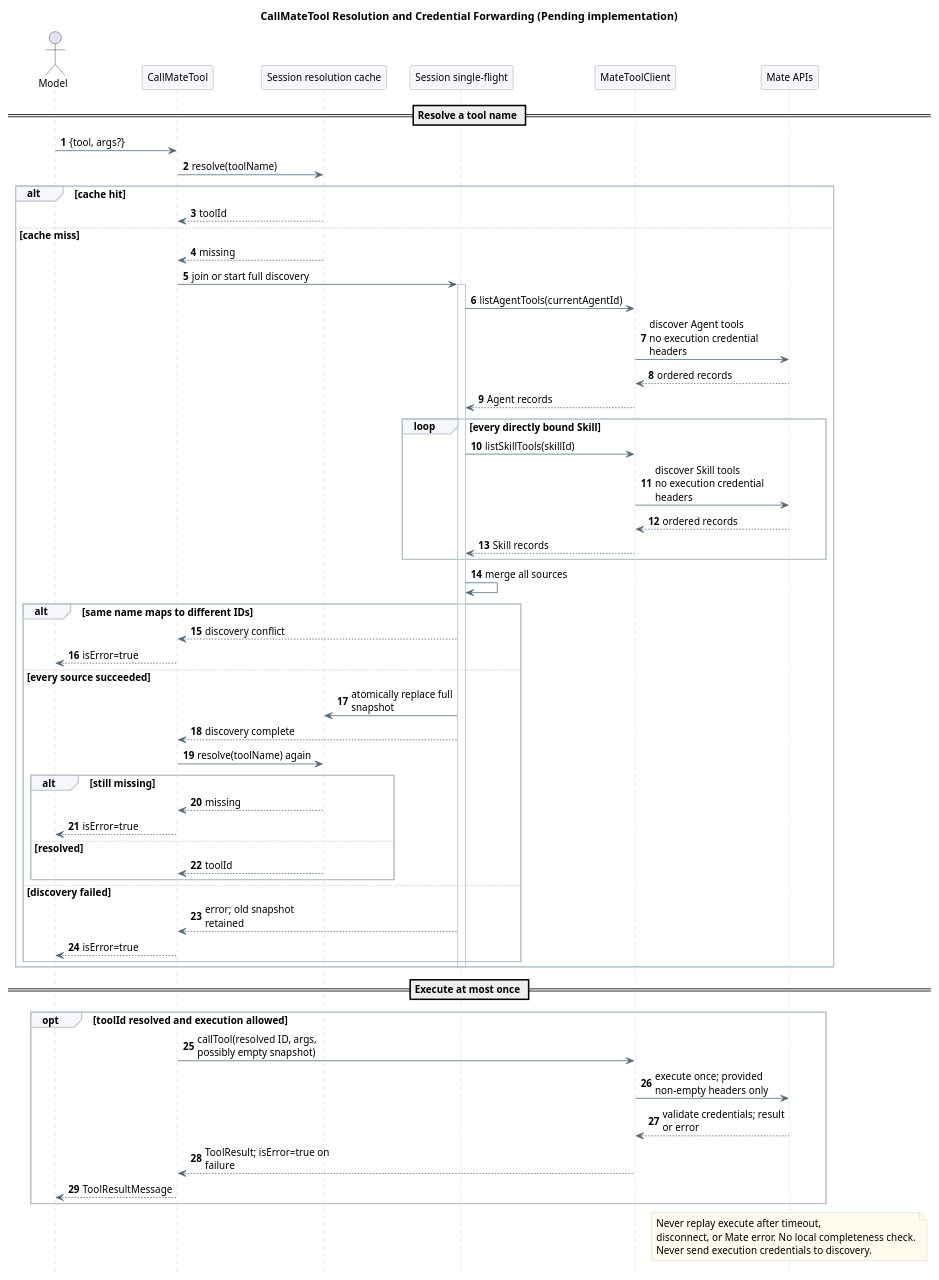
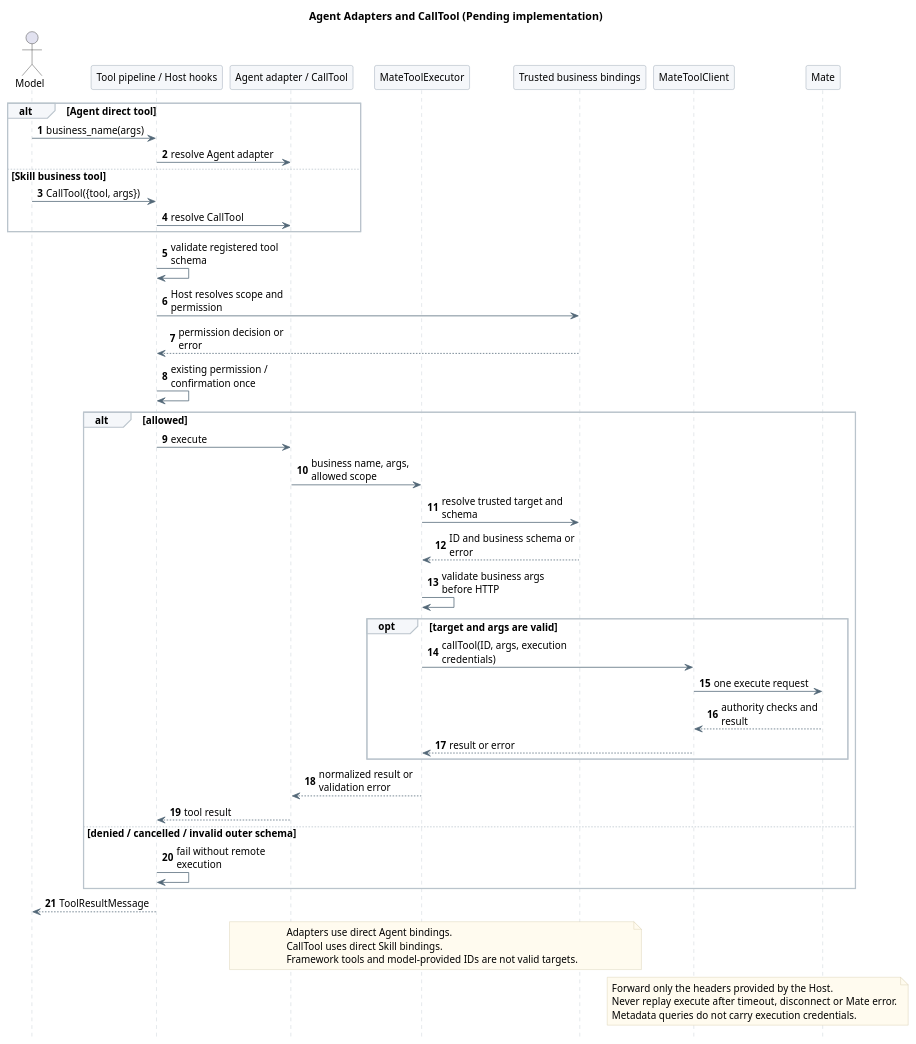
The fifth of 11 diagrams in 01-总体架构/02-CampusClaw工具系统/diagram.puml (ssm0808/pi-mono-java-design), drawn with PlantUML before and after one commit. The commit also changed other lines of this file and 18 other files, not shown here.

Commit message:
docs(tools): 设计 Agent 工具代理与 Skill 渐进发现

```diff
--- a/01-总体架构/02-CampusClaw工具系统/diagram.puml
+++ b/01-总体架构/02-CampusClaw工具系统/diagram.puml
@@ -334,93 +351,75 @@
 @startuml call_mate_tool_sequence
 skinparam backgroundColor white
 skinparam defaultFontName SansSerif
 skinparam defaultFontSize 13
 skinparam shadowing false
 skinparam sequenceMessageAlign left
 skinparam maxMessageSize 165
 skinparam sequenceArrowColor #526777
 skinparam sequenceLifeLineBorderColor #BAC4CC
 skinparam sequenceParticipantBackgroundColor #F5F7FA
 skinparam sequenceParticipantBorderColor #8496A4
 skinparam sequenceGroupBackgroundColor #F5F7FA
 skinparam sequenceGroupBorderColor #BAC4CC
 skinparam noteBackgroundColor #FFFBEF
 skinparam noteBorderColor #D2C6A5
 hide footbox
 autonumber
-title CallMateTool Resolution and Credential Forwarding (Pending implementation)
-
-' Source evidence (pi-mono-java 21c3f59be033e7bdd5506a2d9d48baa2581bc3c7):
-' modules/coding-agent-cli/src/main/java/com/campusclaw/codingagent/tool/mate/CallMateTool.java: execute.
-' modules/coding-agent-cli/src/main/java/com/campusclaw/codingagent/tool/mate/MateToolSessionCache.java.
-' modules/coding-agent-cli/src/main/java/com/campusclaw/codingagent/common/client/HttpMateToolClient.java:
-' invokeTool and toHeaderInfo.
-' modules/coding-agent-cli/src/main/java/com/campusclaw/codingagent/runtimeapi/web/RuntimeRequestContext.java: mateCredentials.
-' modules/coding-agent-cli/src/main/java/com/campusclaw/codingagent/runtimeapi/event/RuntimeEventService.java: requireCredentials.
-' Observed behavior: RuntimeEventService, CallMateTool and HttpMateToolClient reject incomplete credentials.
-' Pending implementation: remove local completeness checks; only Mate decides credential validity.
-' Security hardening: only one Mate execute request receives the POST Events execution snapshot.
-' Design reason: discovery may retry, but execute and its credential exposure occur at most once.
+title Agent Adapters and CallTool (Pending implementation)
+' Source evidence (CampusClaw fb842b1ac6cb4818f6b146f79dd184a5cd88bf12):
+' modules/coding-agent-cli/src/main/java/com/campusclaw/codingagent/tool/mate/CallMateTool.java: execute
+' modules/coding-agent-cli/src/main/java/com/campusclaw/codingagent/runtimeapi/runtime/RuntimeToolPermissionPolicy.java: decide
+' modules/coding-agent-cli/src/main/java/com/campusclaw/codingagent/common/client/HttpMateToolClient.java: callTool
+' Observed behavior: current calls use one wrapper; permission policy recognizes only that wrapper.
+' Design reason: two disclosure paths share target resolution, validation and remote execution.
+' Pending implementation: shared executor wiring includes existing Host permission and confirmation hooks.
+' Stable block identity retained for existing document links.
 
 actor Model
-participant "CallMateTool" as Call
-participant "Session resolution cache" as Cache
-participant "Session single-flight" as Flight
+participant "Tool pipeline / Host hooks" as Pipeline
+participant "Agent adapter / CallTool" as Entry
+participant "MateToolExecutor" as Executor
+participant "Trusted business bindings" as Bindings
 participant "MateToolClient" as Client
-participant "Mate APIs" as Mate
+participant "Mate" as Mate
 
-== Resolve a tool name ==
-Model -> Call : {tool, args?}
-Call -> Cache : resolve(toolName)
-alt cache hit
-  Cache --> Call : toolId
-else cache miss
-  Cache --> Call : missing
-  Call -> Flight : join or start full discovery
-  activate Flight
-  Flight -> Client : listAgentTools(currentAgentId)
-  Client -> Mate : discover Agent tools\nno execution credential headers
-  Mate --> Client : ordered records
-  Client --> Flight : Agent records
-  loop every directly bound Skill
-    Flight -> Client : listSkillTools(skillId)
-    Client -> Mate : discover Skill tools\nno execution credential headers
-    Mate --> Client : ordered records
-    Client --> Flight : Skill records
+alt Agent direct tool
+  Model -> Pipeline : business_name(args)
+  Pipeline -> Entry : resolve Agent adapter
+else Skill business tool
+  Model -> Pipeline : CallTool({tool, args})
+  Pipeline -> Entry : resolve CallTool
+end
+Pipeline -> Pipeline : validate registered tool schema
+Pipeline -> Bindings : Host resolves scope and permission
+Bindings --> Pipeline : permission decision or error
+Pipeline -> Pipeline : existing permission / confirmation once
+alt allowed
+  Pipeline -> Entry : execute
+  Entry -> Executor : business name, args, allowed scope
+  Executor -> Bindings : resolve trusted target and schema
+  Bindings --> Executor : ID and business schema or error
+  Executor -> Executor : validate business args before HTTP
+  opt target and args are valid
+  Executor -> Client : callTool(ID, args, execution credentials)
+  Client -> Mate : one execute request
+  Mate --> Client : authority checks and result
+  Client --> Executor : result or error
   end
-  Flight -> Flight : merge all sources
-  alt same name maps to different IDs
-    Flight --> Call : discovery conflict
-    Call --> Model : isError=true
-  else every source succeeded
-    Flight -> Cache : atomically replace full snapshot
-    Flight --> Call : discovery complete
-    Call -> Cache : resolve(toolName) again
-    alt still missing
-      Cache --> Call : missing
-      Call --> Model : isError=true
-    else resolved
-      Cache --> Call : toolId
-    end
-  else discovery failed
-    Flight --> Call : error; old snapshot retained
-    Call --> Model : isError=true
-  end
-  deactivate Flight
+  Executor --> Entry : normalized result or validation error
+  Entry --> Pipeline : tool result
+else denied / cancelled / invalid outer schema
+  Pipeline -> Pipeline : fail without remote execution
 end
-
-== Execute at most once ==
-opt toolId resolved and execution allowed
-  Call -> Client : callTool(resolved ID, args, possibly empty snapshot)
-  Client -> Mate : execute once; provided non-empty headers only
-  Mate --> Client : validate credentials; result or error
-  Client --> Call : ToolResult; isError=true on failure
-  Call --> Model : ToolResultMessage
-end
-
-note over Mate
-  Never replay execute after timeout,
-  disconnect, or Mate error. No local completeness check.
-  Never send execution credentials to discovery.
+Pipeline --> Model : ToolResultMessage
+note over Entry,Bindings
+  Adapters use direct Agent bindings.
+  CallTool uses direct Skill bindings.
+  Framework tools and model-provided IDs are not valid targets.
+end note
+note over Client,Mate
+  Forward only the headers provided by the Host.
+  Never replay execute after timeout, disconnect or Mate error.
+  Metadata queries do not carry execution credentials.
 end note
 @enduml
```
